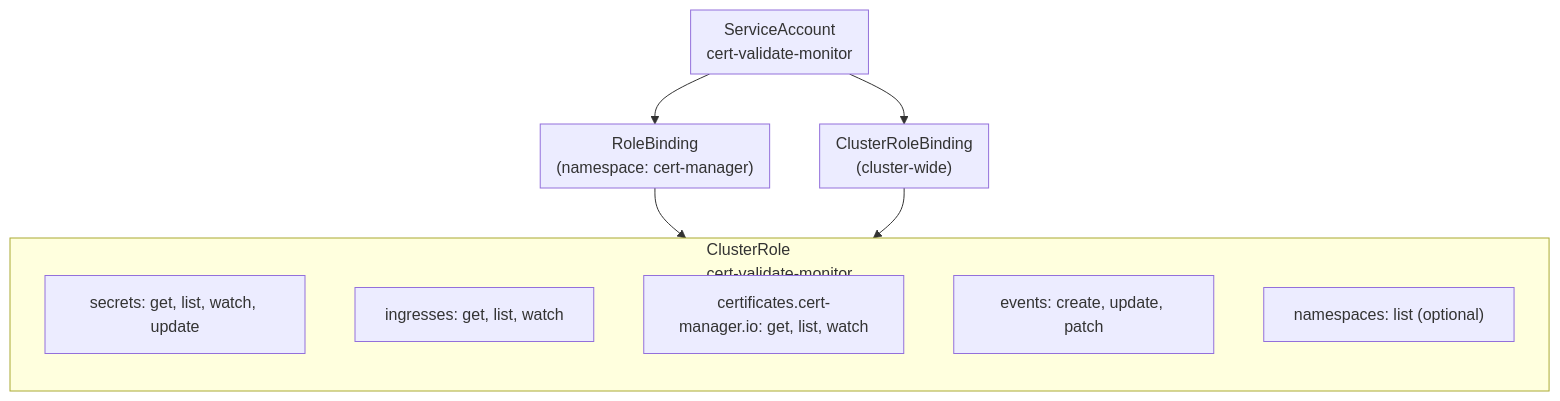
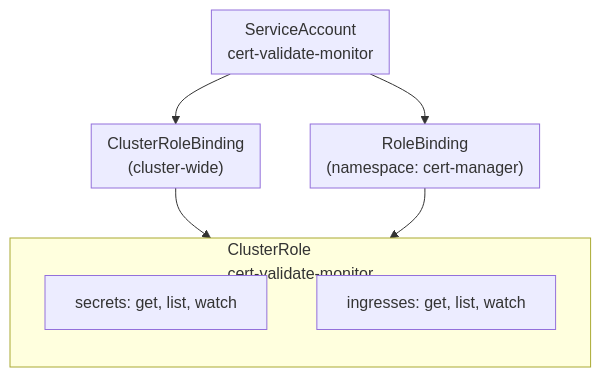
The sixth of 7 diagrams in docs/K8S_INTEGRATION.md (fabianoflorentino/certificate-validate), drawn with Mermaid before and after one commit. The commit also changed other lines of this file and 1 other file, not shown here.

````diff
--- a/docs/K8S_INTEGRATION.md
+++ b/docs/K8S_INTEGRATION.md
@@ -546,26 +562,23 @@
 ```mermaid
 flowchart TB
     subgraph SA["ServiceAccount\ncert-validate-monitor"]
     end
 
     subgraph CR["ClusterRole\ncert-validate-monitor"]
         direction TB
-        R1["secrets: get, list, watch, update"]
+        R1["secrets: get, list, watch"]
         R2["ingresses: get, list, watch"]
-        R3["certificates.cert-manager.io: get, list, watch"]
-        R4["events: create, update, patch"]
-        R5["namespaces: list (optional)"]
     end
 
     subgraph RB["RoleBinding\n(namespace: cert-manager)"]
     end
 
-    SA --> RB
-    RB --> CR
+    SA --> CRB
+    CRB --> CR
 
     subgraph CRB["ClusterRoleBinding\n(cluster-wide)"]
     end
 
-    SA --> CRB
-    CRB --> CR
+    SA --> RB
+    RB --> CR
 ```
````
